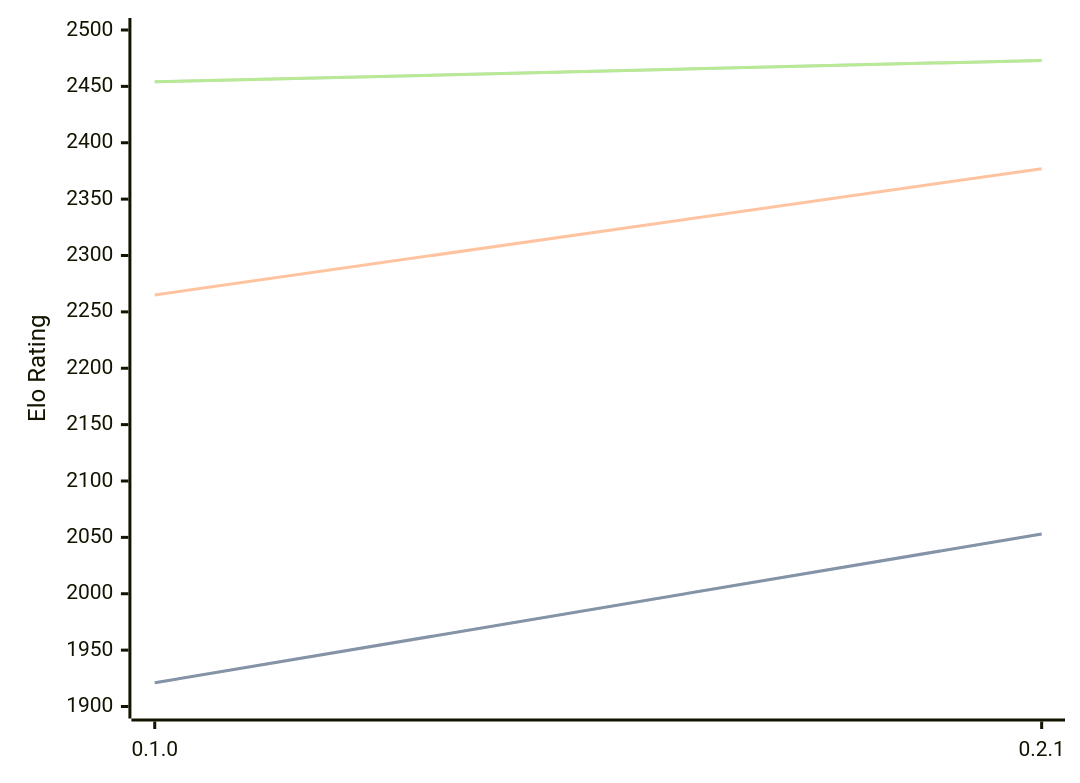
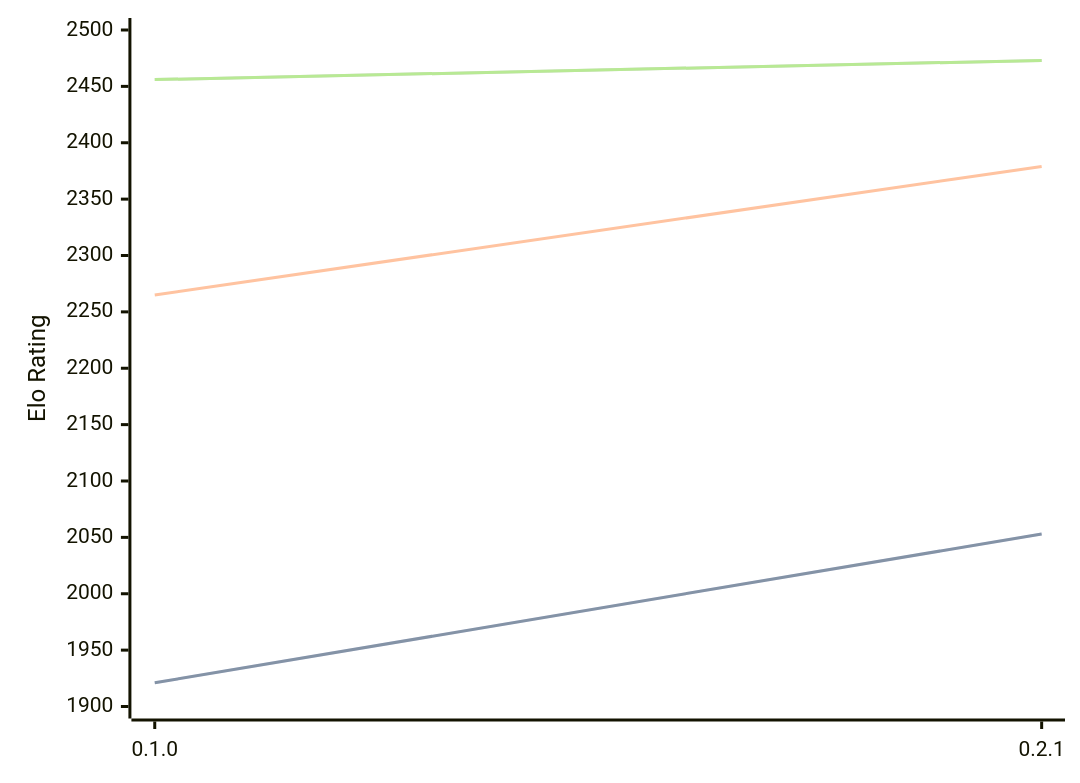
Before and after one commit to computer-chess-index/cci: the diagram in engines/Sykora.md, drawn with Mermaid. The commit also changed other lines of this file, not shown here.

Commit message:
Update CCI Ratings (ELO VLTC) - 2026-04-19

````diff
--- a/engines/Sykora.md
+++ b/engines/Sykora.md
@@ -33,11 +33,11 @@
 ```mermaid
 %%{init: {"theme":"base","themeVariables":{"seriesColors:['#a3a3a3','#222221','#faa371']}}}%%
 xychart-beta
   x-axis ["0.1.0", "0.2.1"]
   y-axis "Elo Rating" 1900 --> 2500
   line "STC (8.0+0.08s)" [1921, 2053]
   line "STC (8.0+0.08s)" [1921, 2053]
-  line "LTC (60.0+0.60s)" [2265, 2377]
-  line "VLTC (2m24s+1.12s)" [2454, 2473]
-  line "VLTC (2m24s+1.12s)" [2454, 2473]
+  line "LTC (60.0+0.60s)" [2265, 2379]
+  line "VLTC (2m24s+1.12s)" [2456, 2473]
+  line "VLTC (2m24s+1.12s)" [2456, 2473]
 ```
````
